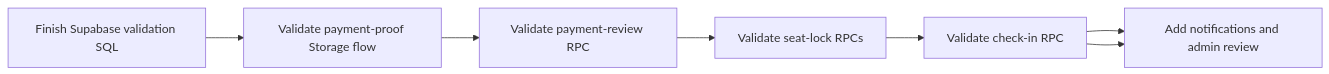
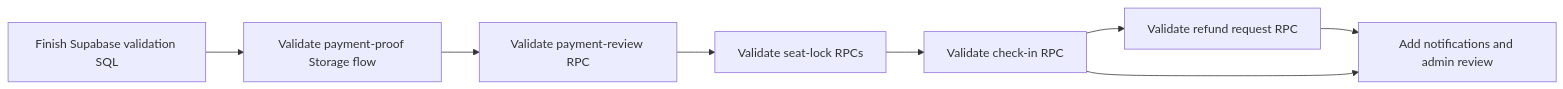
One commit to moirakk/GatherUp changed the fourth of 4 diagrams in docs/project-architecture-brief-v0.1.md. Above: the diagram before and after it, drawn with Mermaid. The commit also changed other lines of this file and 8 other files, not shown here.

Commit message:
Add refund request RPC

````diff
--- a/docs/project-architecture-brief-v0.1.md
+++ b/docs/project-architecture-brief-v0.1.md
@@ -234,9 +238,10 @@
 ```mermaid
 flowchart LR
   A["Finish Supabase validation SQL"] --> B["Validate payment-proof Storage flow"]
   B --> C["Validate payment-review RPC"]
   C --> D["Validate seat-lock RPCs"]
   D --> E["Validate check-in RPC"]
-  E --> F["Expand real event services"]
+  E --> R["Validate refund request RPC"]
+  R --> F["Expand real event services"]
   E --> F["Add notifications and admin review"]
 ```
````
